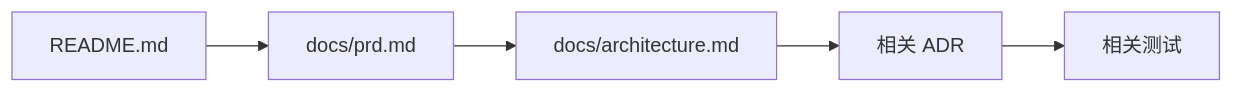
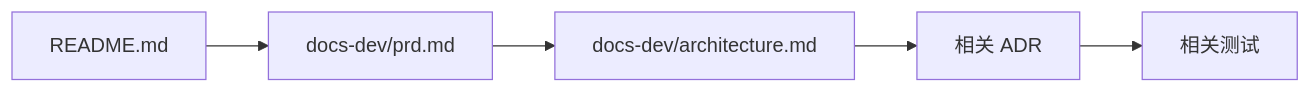
One commit to crmmc/EqualizerAU changed the first of 2 diagrams in AGENTS.md. Above: the diagram before and after it, drawn with Mermaid. The commit also changed other lines of this file and 39 other files, not shown here.

````diff
--- a/AGENTS.md
+++ b/AGENTS.md
@@ -7,7 +7,7 @@
 ```mermaid
 flowchart LR
-    A[README.md] --> B[docs/prd.md]
-    B --> C[docs/architecture.md]
+    A[README.md] --> B[docs-dev/prd.md]
+    B --> C[docs-dev/architecture.md]
     C --> D[相关 ADR]
     D --> E[相关测试]
 ```
````
